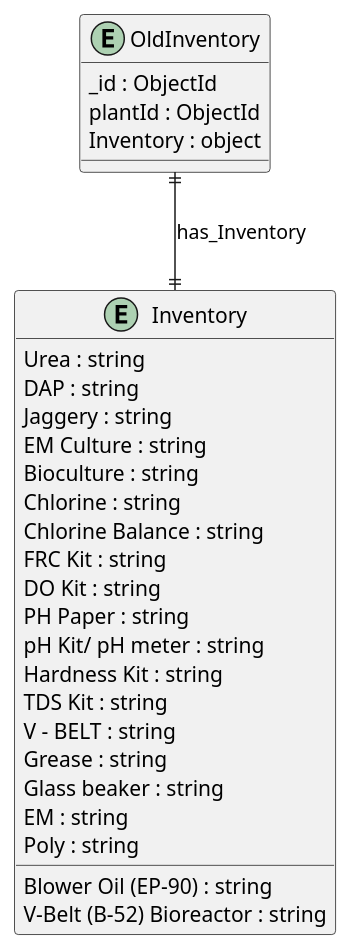
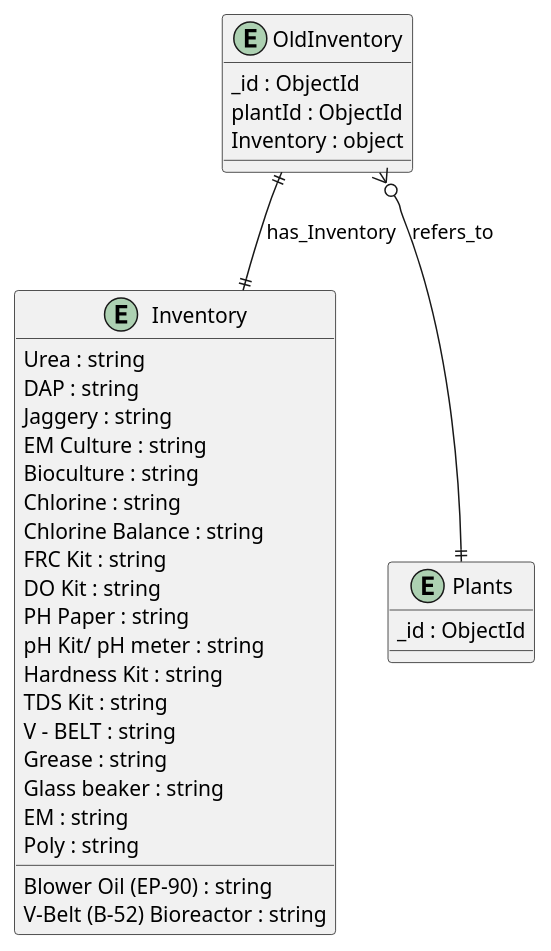
The diagram in erd_output/OldInventory.puml (DigitalPaani/DigitalPaani_ERD), drawn with PlantUML before and after one commit. The commit also changed 208 other files, not shown here.

```diff
--- a/erd_output/OldInventory.puml
+++ b/erd_output/OldInventory.puml
@@ -1,34 +1,41 @@
 @startuml OldInventory_Diagram
 
 entity "OldInventory" as OldInventory {
   _id : ObjectId
   plantId : ObjectId
   Inventory : object
 }
 
 entity "Inventory" as Inventory {
   Urea : string
   DAP : string
   Jaggery : string
   EM Culture : string
   Bioculture : string
   Chlorine : string
   Chlorine Balance : string
   FRC Kit : string
   DO Kit : string
   PH Paper : string
   pH Kit/ pH meter : string
   Hardness Kit : string
   TDS Kit : string
   Blower Oil (EP-90) : string
   V - BELT : string
   V-Belt (B-52) Bioreactor : string
   Grease : string
   Glass beaker : string
   EM : string
   Poly : string
 }
 
-' // Relationships
+
+' Shared Plant entity
+entity "Plants" as Plants {
+  _id : ObjectId
+}
+
+' Relationships
+OldInventory }o--|| Plants : refers_to
 OldInventory ||--|| Inventory : has_Inventory
 @enduml
```
